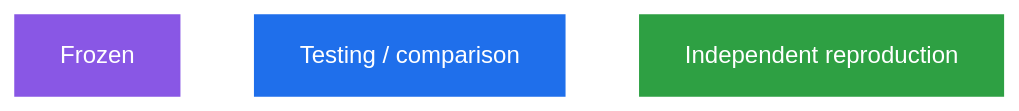
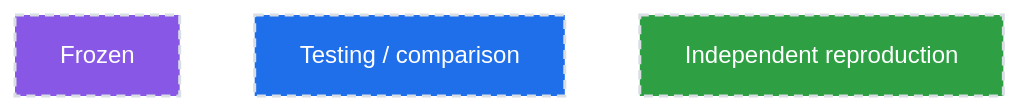
One commit to cameron467/The-Unbreakable-Law changed the seventh of 10 diagrams in Simplified_Framework/WHY_THIS_IS_NOT_A_THEORY_OF_EVERYTHING_YET.md. Above: the diagram before and after it, drawn with Mermaid (base theme). The commit also changed other lines of this file, not shown here.

````diff
--- a/Simplified_Framework/WHY_THIS_IS_NOT_A_THEORY_OF_EVERYTHING_YET.md
+++ b/Simplified_Framework/WHY_THIS_IS_NOT_A_THEORY_OF_EVERYTHING_YET.md
@@ -422,18 +414,18 @@
 ```mermaid
 flowchart LR
 
     A["Frozen"]
     B["Testing / comparison"]
     C["Independent reproduction"]
 
     A ~~~ B
     B ~~~ C
 
-    classDef frozen fill:#8957e5,stroke:#8957e5,color:#ffffff;
-    classDef test fill:#1f6feb,stroke:#1f6feb,color:#ffffff;
-    classDef audit fill:#2ea043,stroke:#2ea043,color:#ffffff;
+    classDef frozen fill:#8957e5,stroke:#d8dee4,stroke-width:2px,stroke-dasharray:6 4,color:#ffffff;
+    classDef test fill:#1f6feb,stroke:#d8dee4,stroke-width:2px,stroke-dasharray:6 4,color:#ffffff;
+    classDef audit fill:#2ea043,stroke:#d8dee4,stroke-width:2px,stroke-dasharray:6 4,color:#ffffff;
 
     class A frozen;
     class B test;
     class C audit;
 ```
````
